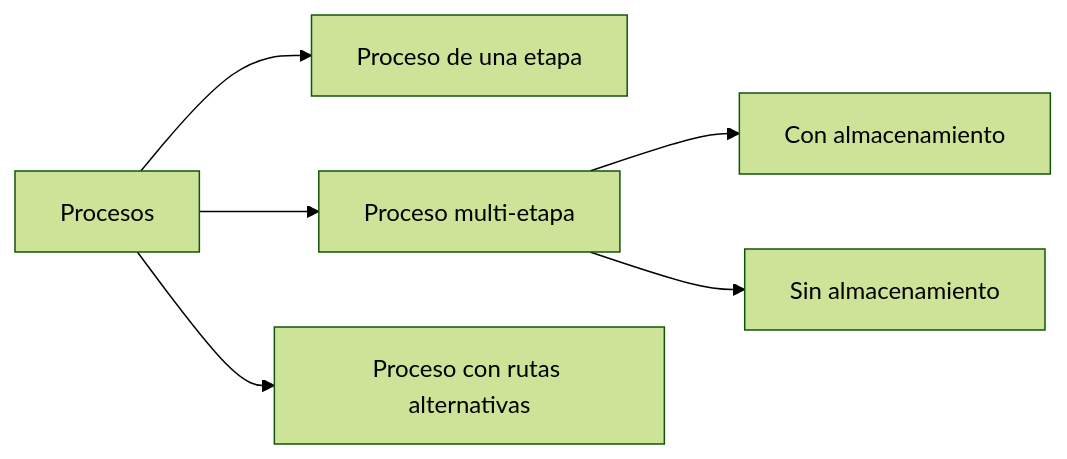
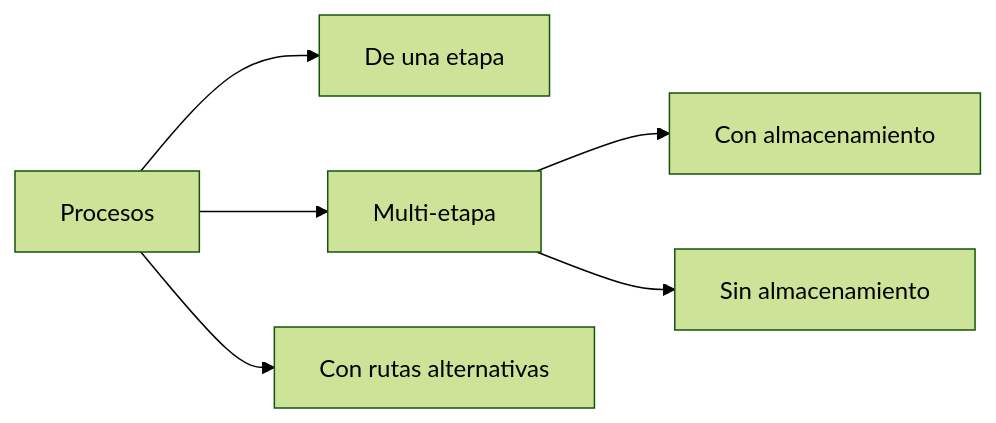
The first of 2 diagrams in public/content/classes/clase-03-Diseño-de-Procesos.md (FCamaggi/xr-wiki), drawn with Mermaid (forest theme) before and after one commit. The commit also changed other lines of this file and 14 other files, not shown here.

````diff
--- a/public/content/classes/clase-03-Diseño-de-Procesos.md
+++ b/public/content/classes/clase-03-Diseño-de-Procesos.md
@@ -47,8 +65,8 @@
 ```mermaid
 graph LR
-    A[Procesos] --> B[Proceso de una etapa]
-    A --> C[Proceso multi-etapa]
-    A --> D[Proceso con rutas alternativas]
+    A[Procesos] --> B[De una etapa]
+    A --> C[Multi-etapa]
+    A --> D[Con rutas alternativas]
     C --> E[Con almacenamiento]
     C --> F[Sin almacenamiento]
 ```
````
